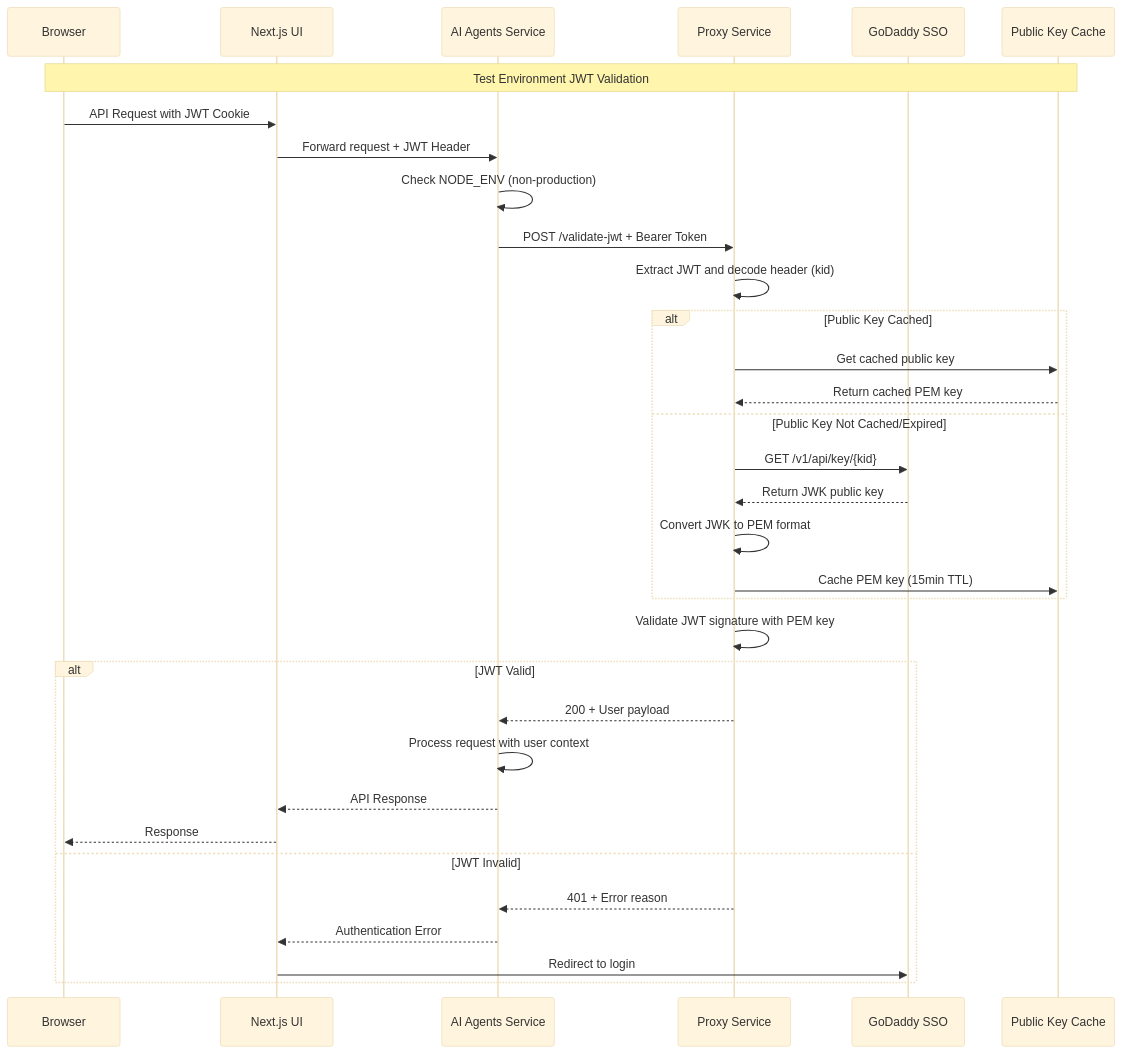
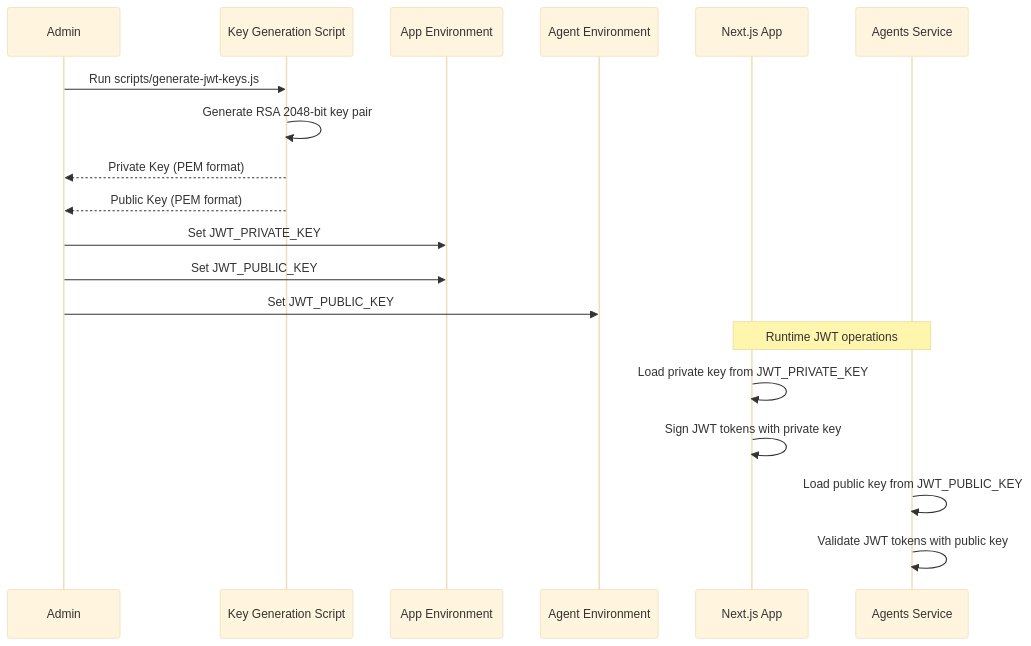
Before and after one commit to hsharif-godaddy/hackathon2026: the seventh of 7 diagrams in docs/ui-agents-authentication-architecture.md, drawn with Mermaid (base theme). The commit also changed other lines of this file and 37 other files, not shown here.

````diff
--- a/docs/ui-agents-authentication-architecture.md
+++ b/docs/ui-agents-authentication-architecture.md
@@ -269,42 +271,26 @@
 ```mermaid
 sequenceDiagram
-    participant Browser
-    participant UI as Next.js UI
-    participant Agents as AI Agents Service
-    participant ProxySvc as Proxy Service
-    participant SSO as GoDaddy SSO
-    participant Cache as Public Key Cache
+    participant Admin
+    participant KeyScript as Key Generation Script
+    participant AppEnv as App Environment
+    participant AgentEnv as Agent Environment
+    participant App as Next.js App
+    participant Agent as Agents Service
 
-    Note over Browser,Cache: Test Environment JWT Validation
+    Admin->>KeyScript: Run scripts/generate-jwt-keys.js
+    KeyScript->>KeyScript: Generate RSA 2048-bit key pair
+    KeyScript-->>Admin: Private Key (PEM format)
+    KeyScript-->>Admin: Public Key (PEM format)
 
-    Browser->>UI: API Request with JWT Cookie
-    UI->>Agents: Forward request + JWT Header
+    Admin->>AppEnv: Set JWT_PRIVATE_KEY
+    Admin->>AppEnv: Set JWT_PUBLIC_KEY
+    Admin->>AgentEnv: Set JWT_PUBLIC_KEY
 
-    Agents->>Agents: Check NODE_ENV (non-production)
-    Agents->>ProxySvc: POST /validate-jwt + Bearer Token
+    Note over App,Agent: Runtime JWT operations
 
-    ProxySvc->>ProxySvc: Extract JWT and decode header (kid)
+    App->>App: Load private key from JWT_PRIVATE_KEY
+    App->>App: Sign JWT tokens with private key
 
-    alt Public Key Cached
-        ProxySvc->>Cache: Get cached public key
-        Cache-->>ProxySvc: Return cached PEM key
-    else Public Key Not Cached/Expired
-        ProxySvc->>SSO: GET /v1/api/key/{kid}
-        SSO-->>ProxySvc: Return JWK public key
-        ProxySvc->>ProxySvc: Convert JWK to PEM format
-        ProxySvc->>Cache: Cache PEM key (15min TTL)
-    end
-
-    ProxySvc->>ProxySvc: Validate JWT signature with PEM key
-
-    alt JWT Valid
-        ProxySvc-->>Agents: 200 + User payload
-        Agents->>Agents: Process request with user context
-        Agents-->>UI: API Response
-        UI-->>Browser: Response
-    else JWT Invalid
-        ProxySvc-->>Agents: 401 + Error reason
-        Agents-->>UI: Authentication Error
-        UI->>SSO: Redirect to login
-    end
+    Agent->>Agent: Load public key from JWT_PUBLIC_KEY
+    Agent->>Agent: Validate JWT tokens with public key
 ```
````
